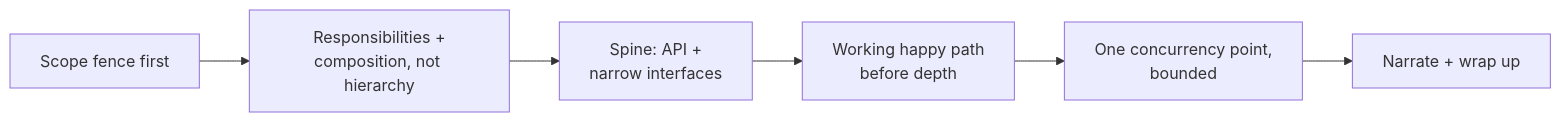
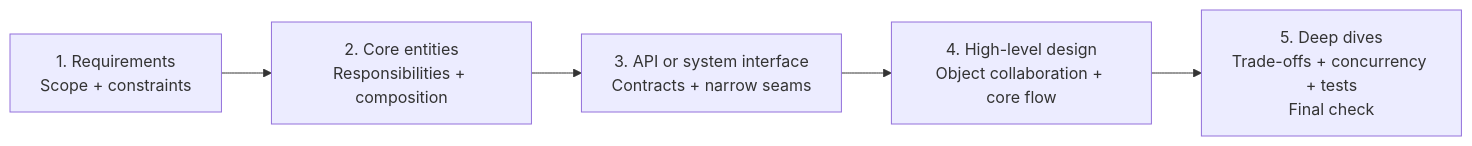
One commit to Anilinfo2015/anilinfo2015.github.io changed the diagram in low-level-design/10-common-mistakes-checklist.md. Above: the diagram before and after it, drawn with Mermaid. The commit also changed other lines of this file and 109 other files, not shown here.

````diff
--- a/low-level-design/10-common-mistakes-checklist.md
+++ b/low-level-design/10-common-mistakes-checklist.md
@@ -108,8 +110,7 @@
 ```mermaid
 flowchart LR
-    A[Scope fence first] --> B[Responsibilities +<br/>composition, not hierarchy]
-    B --> C[Spine: API +<br/>narrow interfaces]
-    C --> D[Working happy path<br/>before depth]
-    D --> E[One concurrency point,<br/>bounded]
-    E --> F[Narrate + wrap up]
+    A[1. Requirements<br/>Scope + constraints] --> B[2. Core entities<br/>Responsibilities + composition]
+    B --> C[3. API or system interface<br/>Contracts + narrow seams]
+    C --> D[4. High-level design<br/>Object collaboration + core flow]
+    D --> E[5. Deep dives<br/>Trade-offs + concurrency + tests<br/>Final check]
 ```
````
